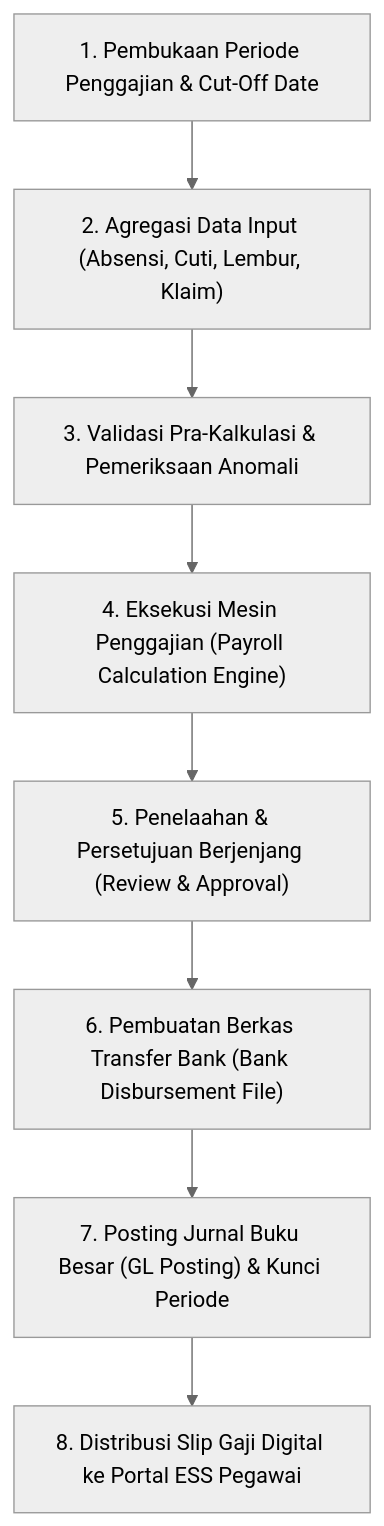
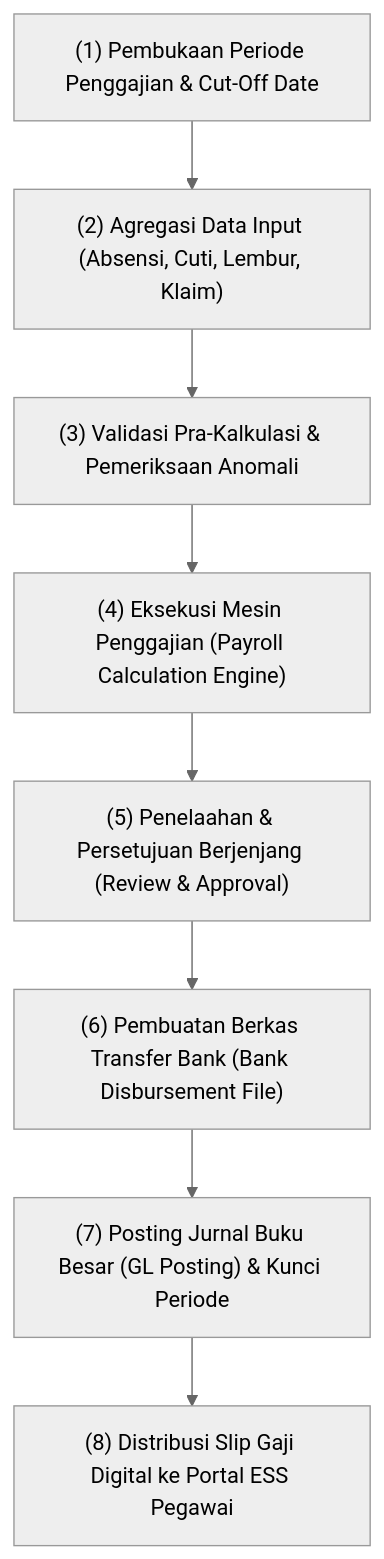
Before and after one commit to alimurrofid/erp-notes: the second of 2 diagrams in content/10-hr/payroll-fundamentals.md, drawn with Mermaid (neutral theme). The commit also changed other lines of this file and 132 other files, not shown here.

````diff
--- a/content/10-hr/payroll-fundamentals.md
+++ b/content/10-hr/payroll-fundamentals.md
@@ -81,10 +81,10 @@
 ```mermaid
 flowchart TD
-    A["1. Pembukaan Periode Penggajian & Cut-Off Date"] --> B["2. Agregasi Data Input (Absensi, Cuti, Lembur, Klaim)"]
-    B --> C["3. Validasi Pra-Kalkulasi & Pemeriksaan Anomali"]
-    C --> D["4. Eksekusi Mesin Penggajian (Payroll Calculation Engine)"]
-    D --> E["5. Penelaahan & Persetujuan Berjenjang (Review & Approval)"]
-    E --> F["6. Pembuatan Berkas Transfer Bank (Bank Disbursement File)"]
-    F --> G["7. Posting Jurnal Buku Besar (GL Posting) & Kunci Periode"]
-    G --> H["8. Distribusi Slip Gaji Digital ke Portal ESS Pegawai"]
+    A["(1) Pembukaan Periode Penggajian & Cut-Off Date"] --> B["(2) Agregasi Data Input (Absensi, Cuti, Lembur, Klaim)"]
+    B --> C["(3) Validasi Pra-Kalkulasi & Pemeriksaan Anomali"]
+    C --> D["(4) Eksekusi Mesin Penggajian (Payroll Calculation Engine)"]
+    D --> E["(5) Penelaahan & Persetujuan Berjenjang (Review & Approval)"]
+    E --> F["(6) Pembuatan Berkas Transfer Bank (Bank Disbursement File)"]
+    F --> G["(7) Posting Jurnal Buku Besar (GL Posting) & Kunci Periode"]
+    G --> H["(8) Distribusi Slip Gaji Digital ke Portal ESS Pegawai"]
 ```
````
